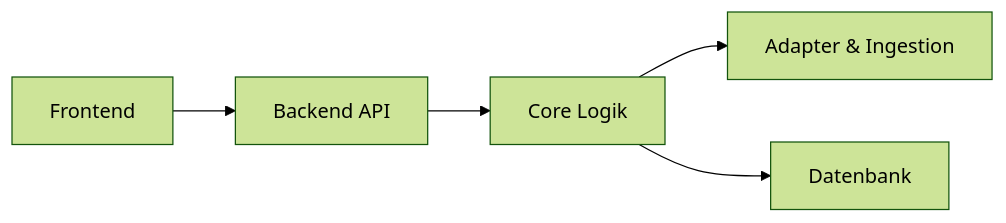
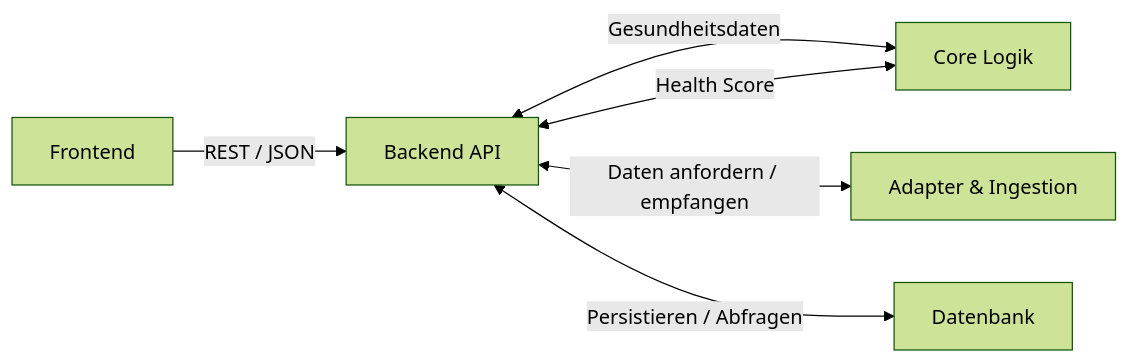
Before and after one commit to Max-imalgutaussehend/LONGEVITY: the diagram in NonKIDoku/Architektur.md, drawn with Mermaid (forest theme). The commit also changed other lines of this file, not shown here.

````diff
--- a/NonKIDoku/Architektur.md
+++ b/NonKIDoku/Architektur.md
@@ -10,13 +10,14 @@
 ```mermaid
 flowchart LR
     f[Frontend]
     api[Backend API]
     core[Core Logik]
     adap[Adapter & Ingestion]
     db[Datenbank]
 
-    f-->api
-    api-->core
-    core-->adap
-    core-->db
+    f-->|REST / JSON|api
+    api<-->|Gesundheitsdaten|core
+    api<-->|Daten anfordern / empfangen|adap
+    core<-->|Health Score|api
+    api<-->|Persistieren / Abfragen|db
 ```
````
